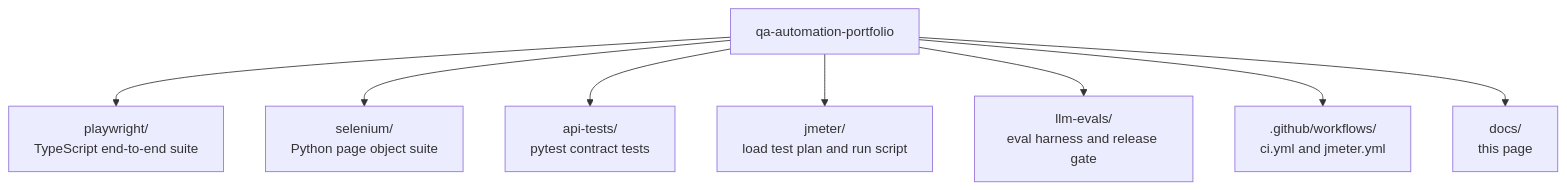
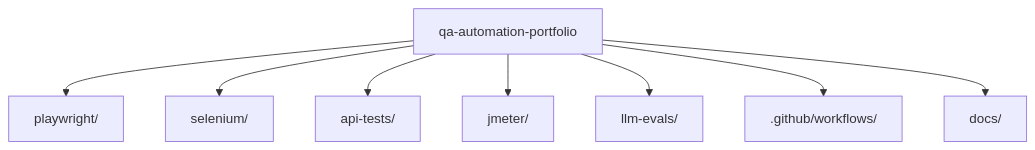
The first of 9 diagrams in docs/architecture.md (EarlFernandes/qa-automation-portfolio), drawn with Mermaid before and after one commit. The commit also changed other lines of this file and 35 other files, not shown here.

Commit message:
Add self-healing locators, a11y scans, visual tests, live LLM evals, Pages reports, Docker

````diff
--- a/docs/architecture.md
+++ b/docs/architecture.md
@@ -7,11 +7,11 @@
 ```mermaid
 flowchart TB
     ROOT["qa-automation-portfolio"]
-    ROOT --> PW["playwright/<br/>TypeScript end-to-end suite"]
-    ROOT --> SE["selenium/<br/>Python page object suite"]
-    ROOT --> API["api-tests/<br/>pytest contract tests"]
-    ROOT --> JM["jmeter/<br/>load test plan and run script"]
-    ROOT --> EV["llm-evals/<br/>eval harness and release gate"]
-    ROOT --> GH[".github/workflows/<br/>ci.yml and jmeter.yml"]
-    ROOT --> DOCS["docs/<br/>this page"]
+    ROOT --> PW["playwright/"]
+    ROOT --> SE["selenium/"]
+    ROOT --> API["api-tests/"]
+    ROOT --> JM["jmeter/"]
+    ROOT --> EV["llm-evals/"]
+    ROOT --> GH[".github/workflows/"]
+    ROOT --> DOCS["docs/"]
 ```
````
